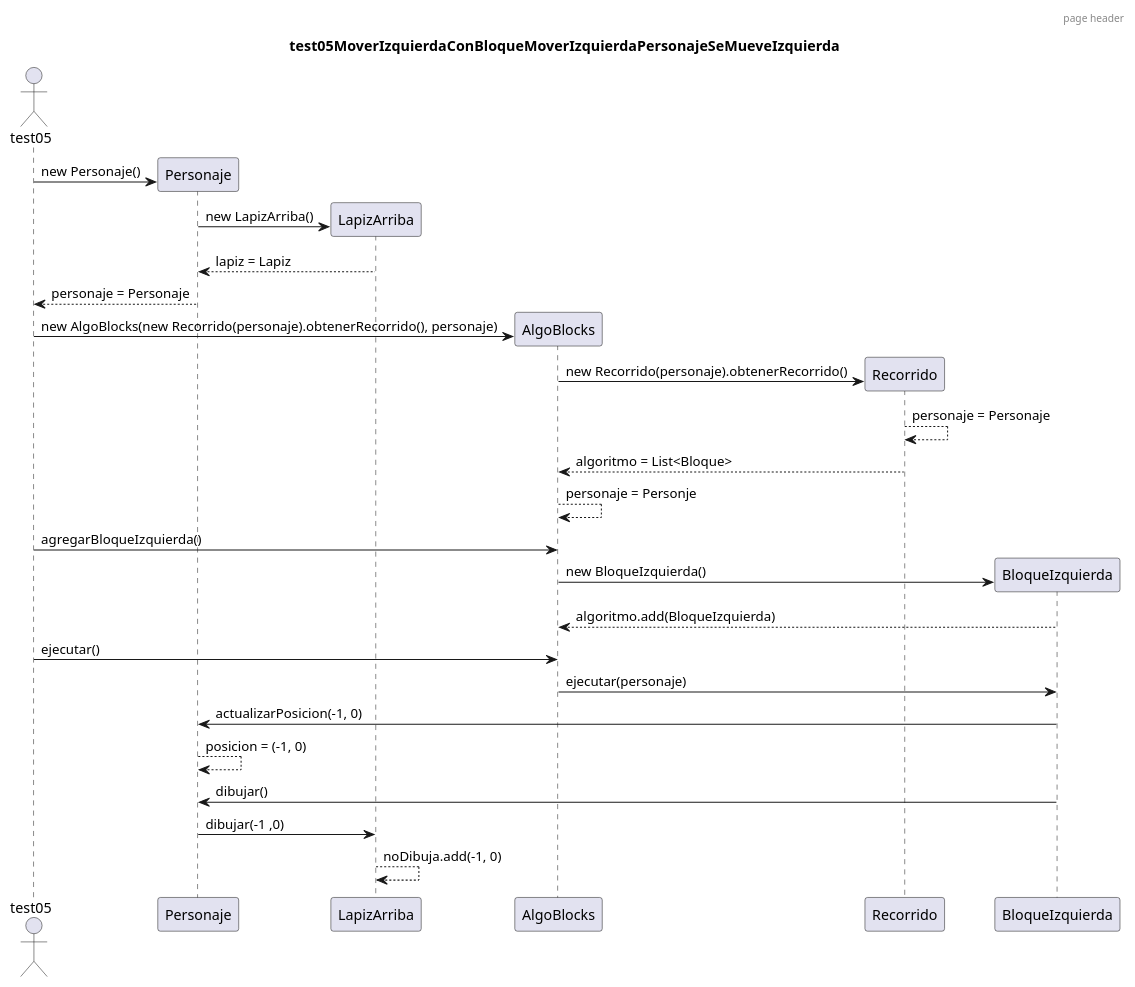
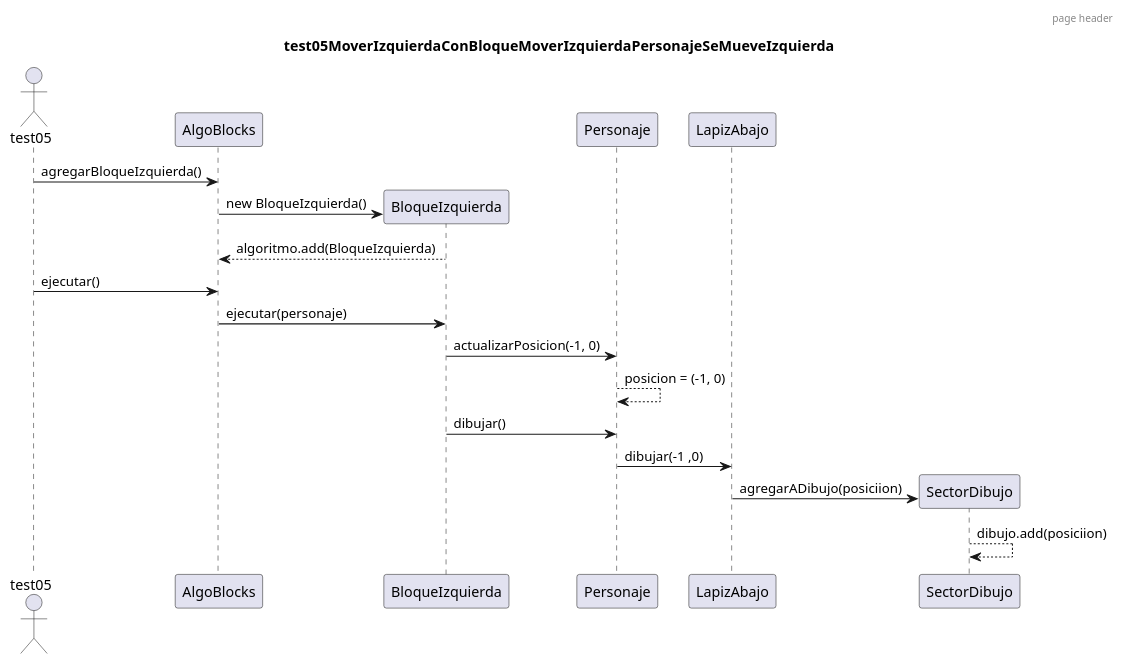
One commit to trinibucc/TP2-AlgoBlocks changed the diagram in Diagramas/Secuencia de movimiento simple.puml. Above: the diagram before and after it, drawn with PlantUML. The commit also changed 10 other files, not shown here.

Commit message:
Agregue diagramas UML y secuencia

```diff
--- a/Diagramas/Secuencia de movimiento simple.puml
+++ b/Diagramas/Secuencia de movimiento simple.puml
@@ -1,32 +1,20 @@
 @startuml
 
 header page header
 title test05MoverIzquierdaConBloqueMoverIzquierdaPersonajeSeMueveIzquierda
 actor test05
 
-create Personaje
-test05 -> Personaje: new Personaje()
-create LapizArriba
-Personaje -> LapizArriba: new LapizArriba()
-LapizArriba --> Personaje: lapiz = Lapiz
-Personaje --> test05: personaje = Personaje
-create AlgoBlocks
-test05 -> AlgoBlocks: new AlgoBlocks(new Recorrido(personaje).obtenerRecorrido(), personaje)
-create Recorrido
-AlgoBlocks -> Recorrido: new Recorrido(personaje).obtenerRecorrido()
-Recorrido --> Recorrido: personaje = Personaje
-Recorrido --> AlgoBlocks: algoritmo = List<Bloque>
-AlgoBlocks --> AlgoBlocks: personaje = Personje
 test05 -> AlgoBlocks: agregarBloqueIzquierda()
 create BloqueIzquierda
 AlgoBlocks -> BloqueIzquierda: new BloqueIzquierda()
 BloqueIzquierda --> AlgoBlocks: algoritmo.add(BloqueIzquierda)
 test05 -> AlgoBlocks: ejecutar()
 AlgoBlocks -> BloqueIzquierda: ejecutar(personaje)
 BloqueIzquierda -> Personaje: actualizarPosicion(-1, 0)
 Personaje --> Personaje: posicion = (-1, 0)
 BloqueIzquierda -> Personaje: dibujar()
-Personaje -> LapizArriba: dibujar(-1 ,0)
-LapizArriba --> LapizArriba: noDibuja.add(-1, 0)
-
+Personaje -> LapizAbajo: dibujar(-1 ,0)
+create SectorDibujo
+LapizAbajo -> SectorDibujo: agregarADibujo(posiciion)
+SectorDibujo --> SectorDibujo: dibujo.add(posiciion)
 @enduml
```
